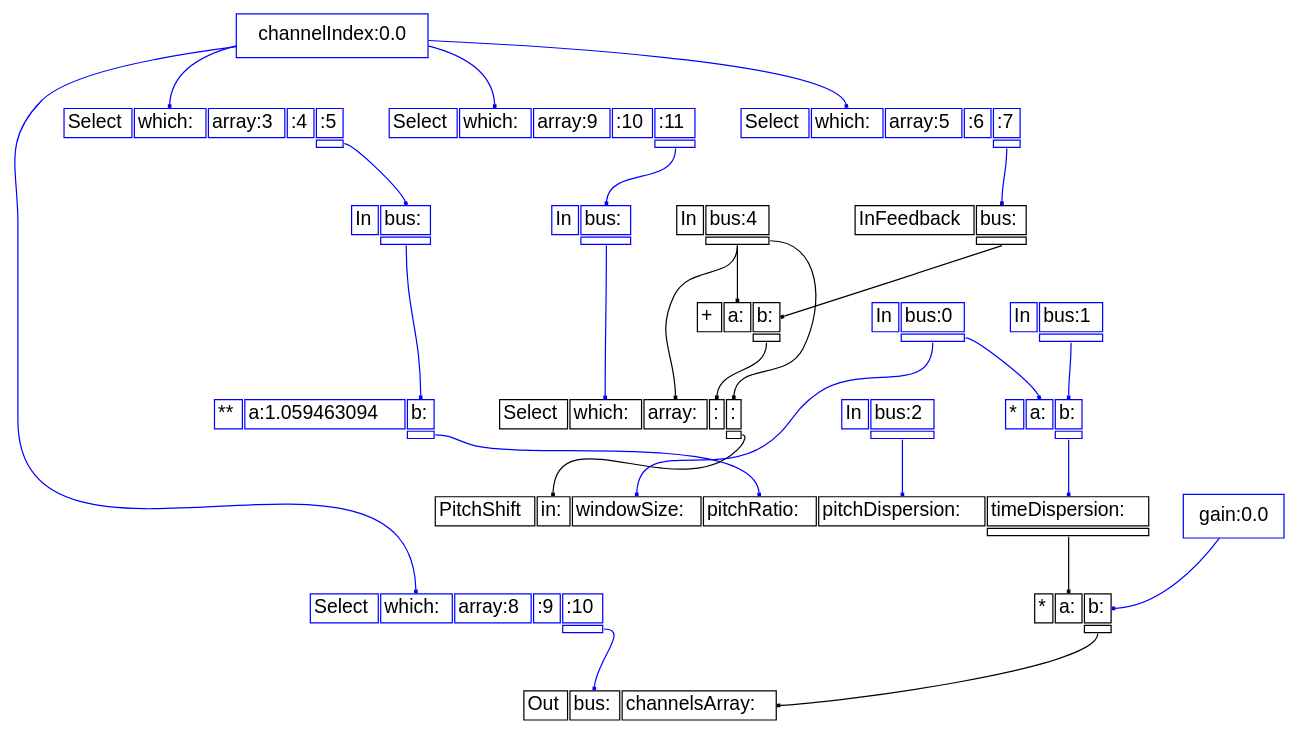
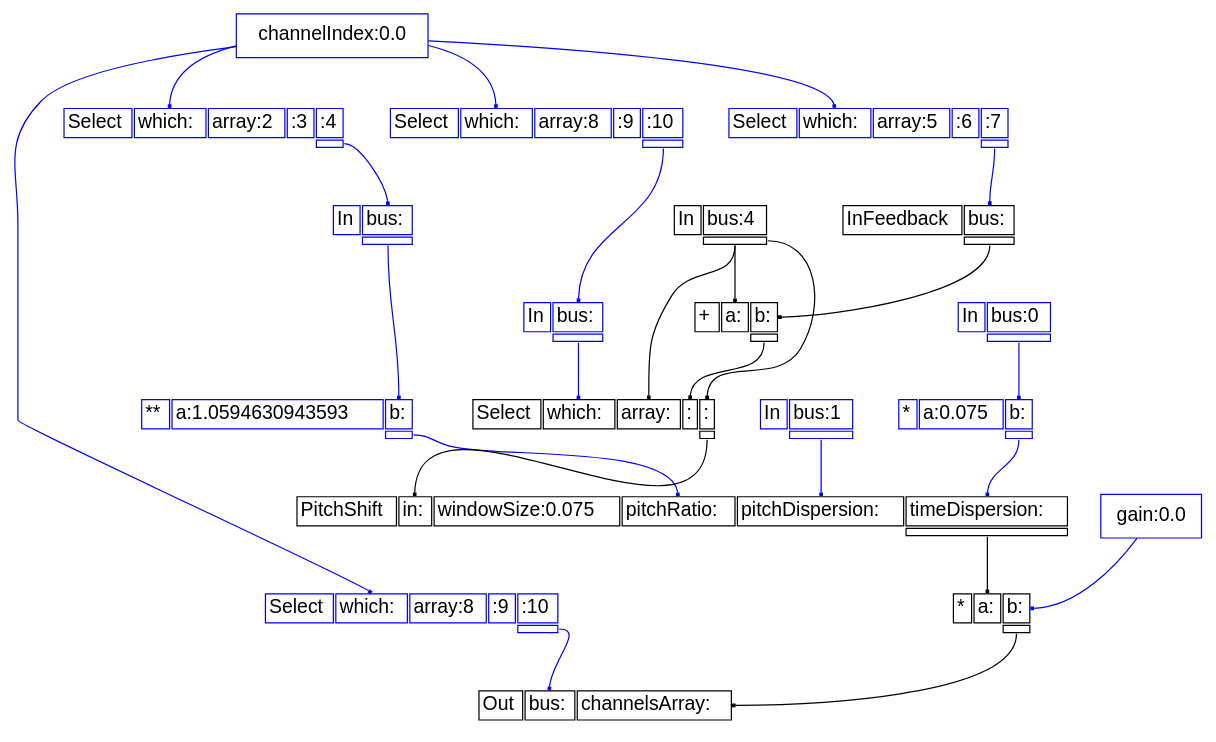
The diagram in assets/graphs/pitchShifter.dot (FurioColombo/Harmmmlonizer---CMLS-HW1), drawn with Graphviz before and after one commit. The commit also changed 6 other files, not shown here.

Commit message:
Fix: window grain size

```diff
--- a/assets/graphs/pitchShifter.dot
+++ b/assets/graphs/pitchShifter.dot
@@ -1,51 +1,48 @@
 digraph "pitchShifter" {
 graph [splines=true];
 node [fontsize=16];
 node [fontname=Helvetica];
 edge [arrowhead=box,arrowsize=0.25];
 k_0 [shape=rectangle,color=blue,label="channelIndex:0.0"];
 k_1 [shape=rectangle,color=blue,label="gain:0.0"];
 u_1 [shape=plaintext,color=blue,label=<<TABLE BORDER="0" CELLBORDER="1"><TR><TD>Select</TD><TD PORT="i_0">which:</TD><TD PORT="i_1">array:5</TD><TD PORT="i_2">:6</TD><TD PORT="i_3">:7</TD></TR><TR><TD BORDER="0"></TD><TD BORDER="0"></TD><TD BORDER="0"></TD><TD BORDER="0"></TD><TD PORT="o_0"></TD></TR></TABLE>>];
 u_2 [shape=plaintext,color=black,label=<<TABLE BORDER="0" CELLBORDER="1"><TR><TD>InFeedback</TD><TD PORT="i_0">bus:</TD></TR><TR><TD BORDER="0"></TD><TD PORT="o_0"></TD></TR></TABLE>>];
-u_3 [shape=plaintext,color=blue,label=<<TABLE BORDER="0" CELLBORDER="1"><TR><TD>Select</TD><TD PORT="i_0">which:</TD><TD PORT="i_1">array:9</TD><TD PORT="i_2">:10</TD><TD PORT="i_3">:11</TD></TR><TR><TD BORDER="0"></TD><TD BORDER="0"></TD><TD BORDER="0"></TD><TD BORDER="0"></TD><TD PORT="o_0"></TD></TR></TABLE>>];
+u_3 [shape=plaintext,color=blue,label=<<TABLE BORDER="0" CELLBORDER="1"><TR><TD>Select</TD><TD PORT="i_0">which:</TD><TD PORT="i_1">array:8</TD><TD PORT="i_2">:9</TD><TD PORT="i_3">:10</TD></TR><TR><TD BORDER="0"></TD><TD BORDER="0"></TD><TD BORDER="0"></TD><TD BORDER="0"></TD><TD PORT="o_0"></TD></TR></TABLE>>];
 u_4 [shape=plaintext,color=blue,label=<<TABLE BORDER="0" CELLBORDER="1"><TR><TD>In</TD><TD PORT="i_0">bus:</TD></TR><TR><TD BORDER="0"></TD><TD PORT="o_0"></TD></TR></TABLE>>];
-u_5 [shape=plaintext,color=blue,label=<<TABLE BORDER="0" CELLBORDER="1"><TR><TD>Select</TD><TD PORT="i_0">which:</TD><TD PORT="i_1">array:3</TD><TD PORT="i_2">:4</TD><TD PORT="i_3">:5</TD></TR><TR><TD BORDER="0"></TD><TD BORDER="0"></TD><TD BORDER="0"></TD><TD BORDER="0"></TD><TD PORT="o_0"></TD></TR></TABLE>>];
+u_5 [shape=plaintext,color=blue,label=<<TABLE BORDER="0" CELLBORDER="1"><TR><TD>Select</TD><TD PORT="i_0">which:</TD><TD PORT="i_1">array:2</TD><TD PORT="i_2">:3</TD><TD PORT="i_3">:4</TD></TR><TR><TD BORDER="0"></TD><TD BORDER="0"></TD><TD BORDER="0"></TD><TD BORDER="0"></TD><TD PORT="o_0"></TD></TR></TABLE>>];
 u_6 [shape=plaintext,color=blue,label=<<TABLE BORDER="0" CELLBORDER="1"><TR><TD>In</TD><TD PORT="i_0">bus:</TD></TR><TR><TD BORDER="0"></TD><TD PORT="o_0"></TD></TR></TABLE>>];
-u_7 [shape=plaintext,color=blue,label=<<TABLE BORDER="0" CELLBORDER="1"><TR><TD>**</TD><TD PORT="i_0">a:1.059463094</TD><TD PORT="i_1">b:</TD></TR><TR><TD BORDER="0"></TD><TD BORDER="0"></TD><TD PORT="o_0"></TD></TR></TABLE>>];
+u_7 [shape=plaintext,color=blue,label=<<TABLE BORDER="0" CELLBORDER="1"><TR><TD>**</TD><TD PORT="i_0">a:1.0594630943593</TD><TD PORT="i_1">b:</TD></TR><TR><TD BORDER="0"></TD><TD BORDER="0"></TD><TD PORT="o_0"></TD></TR></TABLE>>];
 u_8 [shape=plaintext,color=blue,label=<<TABLE BORDER="0" CELLBORDER="1"><TR><TD>Select</TD><TD PORT="i_0">which:</TD><TD PORT="i_1">array:8</TD><TD PORT="i_2">:9</TD><TD PORT="i_3">:10</TD></TR><TR><TD BORDER="0"></TD><TD BORDER="0"></TD><TD BORDER="0"></TD><TD BORDER="0"></TD><TD PORT="o_0"></TD></TR></TABLE>>];
 u_9 [shape=plaintext,color=black,label=<<TABLE BORDER="0" CELLBORDER="1"><TR><TD>In</TD><TD PORT="i_0">bus:4</TD></TR><TR><TD BORDER="0"></TD><TD PORT="o_0"></TD></TR></TABLE>>];
 u_10 [shape=plaintext,color=black,label=<<TABLE BORDER="0" CELLBORDER="1"><TR><TD>+</TD><TD PORT="i_0">a:</TD><TD PORT="i_1">b:</TD></TR><TR><TD BORDER="0"></TD><TD BORDER="0"></TD><TD PORT="o_0"></TD></TR></TABLE>>];
 u_11 [shape=plaintext,color=black,label=<<TABLE BORDER="0" CELLBORDER="1"><TR><TD>Select</TD><TD PORT="i_0">which:</TD><TD PORT="i_1">array:</TD><TD PORT="i_2">:</TD><TD PORT="i_3">:</TD></TR><TR><TD BORDER="0"></TD><TD BORDER="0"></TD><TD BORDER="0"></TD><TD BORDER="0"></TD><TD PORT="o_0"></TD></TR></TABLE>>];
-u_12 [shape=plaintext,color=blue,label=<<TABLE BORDER="0" CELLBORDER="1"><TR><TD>In</TD><TD PORT="i_0">bus:0</TD></TR><TR><TD BORDER="0"></TD><TD PORT="o_0"></TD></TR></TABLE>>];
-u_13 [shape=plaintext,color=blue,label=<<TABLE BORDER="0" CELLBORDER="1"><TR><TD>In</TD><TD PORT="i_0">bus:2</TD></TR><TR><TD BORDER="0"></TD><TD PORT="o_0"></TD></TR></TABLE>>];
-u_14 [shape=plaintext,color=blue,label=<<TABLE BORDER="0" CELLBORDER="1"><TR><TD>In</TD><TD PORT="i_0">bus:1</TD></TR><TR><TD BORDER="0"></TD><TD PORT="o_0"></TD></TR></TABLE>>];
-u_15 [shape=plaintext,color=blue,label=<<TABLE BORDER="0" CELLBORDER="1"><TR><TD>*</TD><TD PORT="i_0">a:</TD><TD PORT="i_1">b:</TD></TR><TR><TD BORDER="0"></TD><TD BORDER="0"></TD><TD PORT="o_0"></TD></TR></TABLE>>];
-u_16 [shape=plaintext,color=black,label=<<TABLE BORDER="0" CELLBORDER="1"><TR><TD>PitchShift</TD><TD PORT="i_0">in:</TD><TD PORT="i_1">windowSize:</TD><TD PORT="i_2">pitchRatio:</TD><TD PORT="i_3">pitchDispersion:</TD><TD PORT="i_4">timeDispersion:</TD></TR><TR><TD BORDER="0"></TD><TD BORDER="0"></TD><TD BORDER="0"></TD><TD BORDER="0"></TD><TD BORDER="0"></TD><TD PORT="o_0"></TD></TR></TABLE>>];
-u_17 [shape=plaintext,color=black,label=<<TABLE BORDER="0" CELLBORDER="1"><TR><TD>*</TD><TD PORT="i_0">a:</TD><TD PORT="i_1">b:</TD></TR><TR><TD BORDER="0"></TD><TD BORDER="0"></TD><TD PORT="o_0"></TD></TR></TABLE>>];
-u_18 [shape=plaintext,color=black,label=<<TABLE BORDER="0" CELLBORDER="1"><TR><TD>Out</TD><TD PORT="i_0">bus:</TD><TD PORT="i_1">channelsArray:</TD></TR></TABLE>>];
+u_12 [shape=plaintext,color=blue,label=<<TABLE BORDER="0" CELLBORDER="1"><TR><TD>In</TD><TD PORT="i_0">bus:1</TD></TR><TR><TD BORDER="0"></TD><TD PORT="o_0"></TD></TR></TABLE>>];
+u_13 [shape=plaintext,color=blue,label=<<TABLE BORDER="0" CELLBORDER="1"><TR><TD>In</TD><TD PORT="i_0">bus:0</TD></TR><TR><TD BORDER="0"></TD><TD PORT="o_0"></TD></TR></TABLE>>];
+u_14 [shape=plaintext,color=blue,label=<<TABLE BORDER="0" CELLBORDER="1"><TR><TD>*</TD><TD PORT="i_0">a:0.075</TD><TD PORT="i_1">b:</TD></TR><TR><TD BORDER="0"></TD><TD BORDER="0"></TD><TD PORT="o_0"></TD></TR></TABLE>>];
+u_15 [shape=plaintext,color=black,label=<<TABLE BORDER="0" CELLBORDER="1"><TR><TD>PitchShift</TD><TD PORT="i_0">in:</TD><TD PORT="i_1">windowSize:0.075</TD><TD PORT="i_2">pitchRatio:</TD><TD PORT="i_3">pitchDispersion:</TD><TD PORT="i_4">timeDispersion:</TD></TR><TR><TD BORDER="0"></TD><TD BORDER="0"></TD><TD BORDER="0"></TD><TD BORDER="0"></TD><TD BORDER="0"></TD><TD PORT="o_0"></TD></TR></TABLE>>];
+u_16 [shape=plaintext,color=black,label=<<TABLE BORDER="0" CELLBORDER="1"><TR><TD>*</TD><TD PORT="i_0">a:</TD><TD PORT="i_1">b:</TD></TR><TR><TD BORDER="0"></TD><TD BORDER="0"></TD><TD PORT="o_0"></TD></TR></TABLE>>];
+u_17 [shape=plaintext,color=black,label=<<TABLE BORDER="0" CELLBORDER="1"><TR><TD>Out</TD><TD PORT="i_0">bus:</TD><TD PORT="i_1">channelsArray:</TD></TR></TABLE>>];
 k_0 -> u_1:i_0 [color=blue];
 u_1:o_0 -> u_2:i_0 [color=blue];
 k_0 -> u_3:i_0 [color=blue];
 u_3:o_0 -> u_4:i_0 [color=blue];
 k_0 -> u_5:i_0 [color=blue];
 u_5:o_0 -> u_6:i_0 [color=blue];
 u_6:o_0 -> u_7:i_1 [color=blue];
 k_0 -> u_8:i_0 [color=blue];
 u_9:o_0 -> u_10:i_0 [color=black];
 u_2:o_0 -> u_10:i_1 [color=black];
 u_4:o_0 -> u_11:i_0 [color=blue];
 u_9:o_0 -> u_11:i_1 [color=black];
 u_10:o_0 -> u_11:i_2 [color=black];
 u_9:o_0 -> u_11:i_3 [color=black];
-u_12:o_0 -> u_15:i_0 [color=blue];
-u_14:o_0 -> u_15:i_1 [color=blue];
-u_11:o_0 -> u_16:i_0 [color=black];
-u_12:o_0 -> u_16:i_1 [color=blue];
-u_7:o_0 -> u_16:i_2 [color=blue];
-u_13:o_0 -> u_16:i_3 [color=blue];
-u_15:o_0 -> u_16:i_4 [color=blue];
-u_16:o_0 -> u_17:i_0 [color=black];
-k_1 -> u_17:i_1 [color=blue];
-u_8:o_0 -> u_18:i_0 [color=blue];
-u_17:o_0 -> u_18:i_1 [color=black];
+u_13:o_0 -> u_14:i_1 [color=blue];
+u_11:o_0 -> u_15:i_0 [color=black];
+u_7:o_0 -> u_15:i_2 [color=blue];
+u_12:o_0 -> u_15:i_3 [color=blue];
+u_14:o_0 -> u_15:i_4 [color=blue];
+u_15:o_0 -> u_16:i_0 [color=black];
+k_1 -> u_16:i_1 [color=blue];
+u_8:o_0 -> u_17:i_0 [color=blue];
+u_16:o_0 -> u_17:i_1 [color=black];
 }
```
